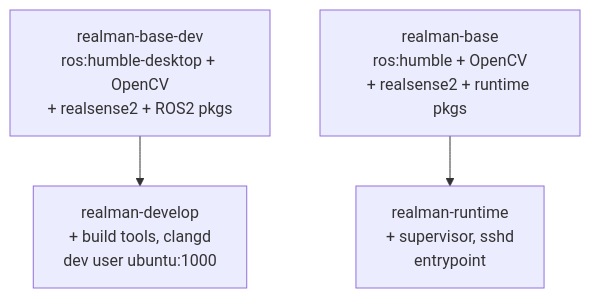
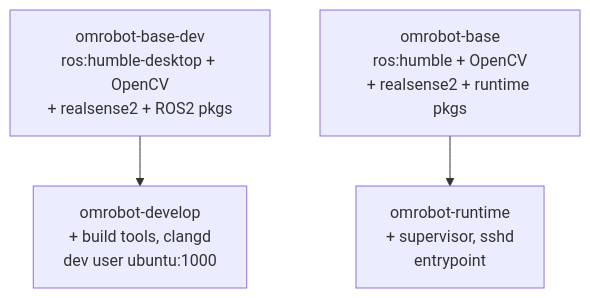
The first of 4 diagrams in docs/DEVELOPMENT.md (sunyuming53-byte/the_first_box), drawn with Mermaid before and after one commit. The commit also changed other lines of this file and 22 other files, not shown here.

````diff
--- a/docs/DEVELOPMENT.md
+++ b/docs/DEVELOPMENT.md
@@ -27,9 +27,9 @@
 ```mermaid
 graph TD
-    base_dev["realman-base-dev<br/>ros:humble-desktop + OpenCV<br/>+ realsense2 + ROS2 pkgs"]
-    develop["realman-develop<br/>+ build tools, clangd<br/>dev user ubuntu:1000"]
-    base["realman-base<br/>ros:humble + OpenCV<br/>+ realsense2 + runtime pkgs"]
-    runtime["realman-runtime<br/>+ supervisor, sshd<br/>entrypoint"]
+    base_dev["omrobot-base-dev<br/>ros:humble-desktop + OpenCV<br/>+ realsense2 + ROS2 pkgs"]
+    develop["omrobot-develop<br/>+ build tools, clangd<br/>dev user ubuntu:1000"]
+    base["omrobot-base<br/>ros:humble + OpenCV<br/>+ realsense2 + runtime pkgs"]
+    runtime["omrobot-runtime<br/>+ supervisor, sshd<br/>entrypoint"]
     base_dev --> develop
     base --> runtime
 ```
````
